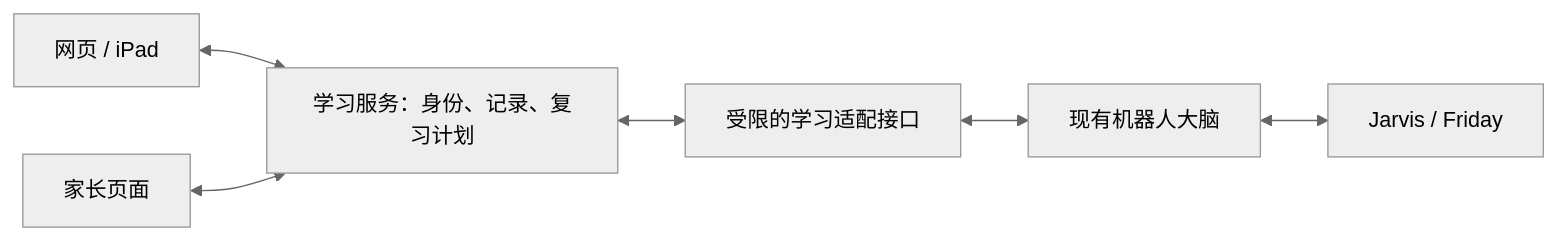
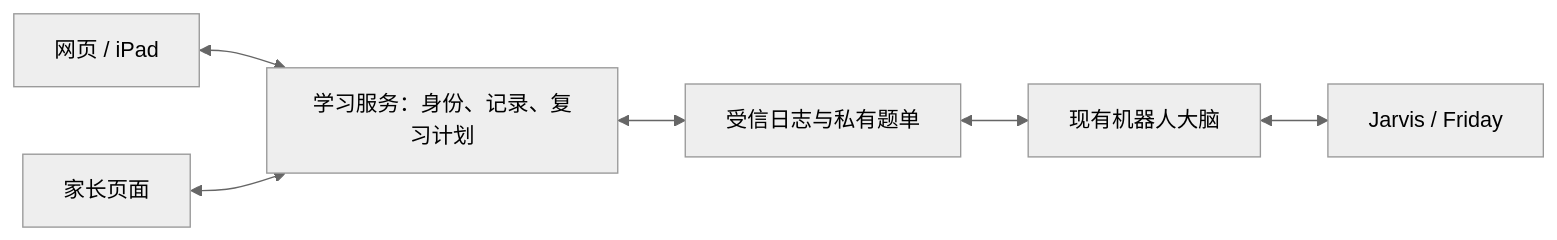
Before and after one commit to 401040579/kids-learning-app: the diagram in README.md, drawn with Mermaid (neutral theme). The commit also changed other lines of this file and 15 other files, not shown here.

````diff
--- a/README.md
+++ b/README.md
@@ -54,8 +54,8 @@
 ```mermaid
 flowchart LR
   Web[网页 / iPad] <--> Learning[学习服务：身份、记录、复习计划]
   Parent[家长页面] <--> Learning
-  Learning <--> Adapter[受限的学习适配接口]
+  Learning <--> Adapter[受信日志与私有题单]
   Adapter <--> Brain[现有机器人大脑]
   Brain <--> Robots[Jarvis / Friday]
 ```
````
